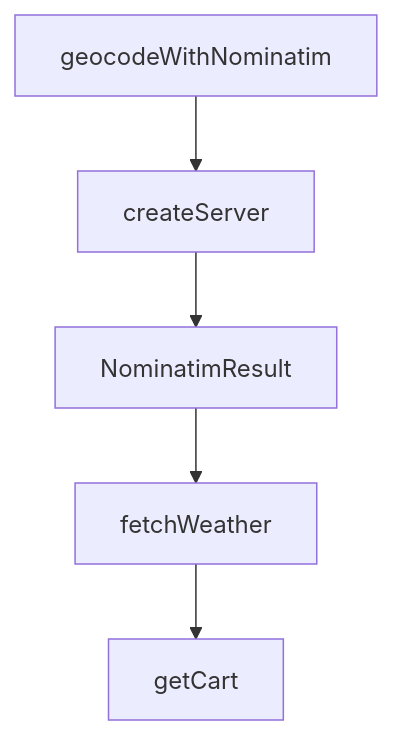
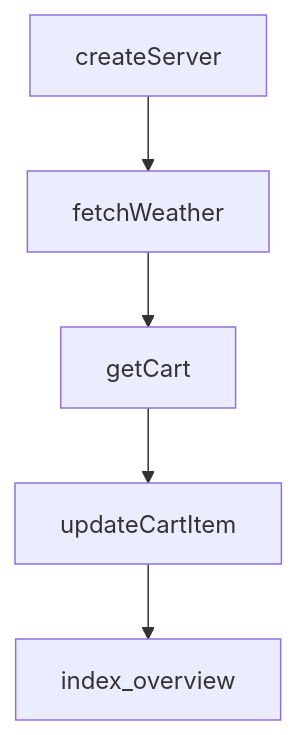
Before and after one commit to johnxie/awesome-code-docs: the diagram in tutorials/mcp-ext-apps-tutorial/08-release-strategy-and-production-operations.md, drawn with Mermaid. The commit also changed other lines of this file and 1232 other files, not shown here.

````diff
--- a/tutorials/mcp-ext-apps-tutorial/08-release-strategy-and-production-operations.md
+++ b/tutorials/mcp-ext-apps-tutorial/08-release-strategy-and-production-operations.md
@@ -215,12 +213,12 @@
 ```mermaid
 flowchart TD
-    A[geocodeWithNominatim]
-    B[createServer]
-    C[NominatimResult]
-    D[fetchWeather]
-    E[getCart]
+    A[createServer]
+    B[fetchWeather]
+    C[getCart]
+    D[updateCartItem]
+    E[index_overview]
     A --> B
     B --> C
     C --> D
     D --> E
 ```
````
